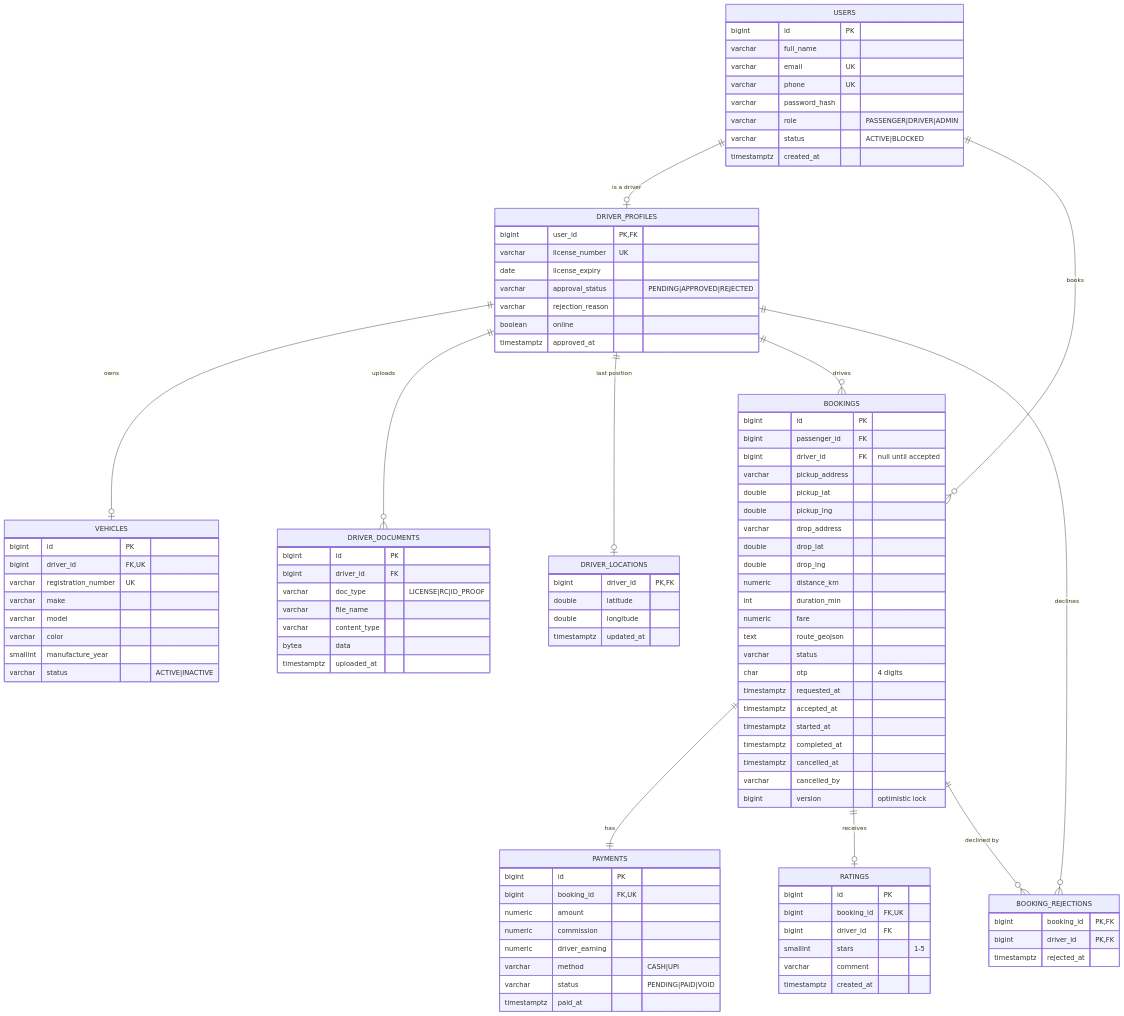
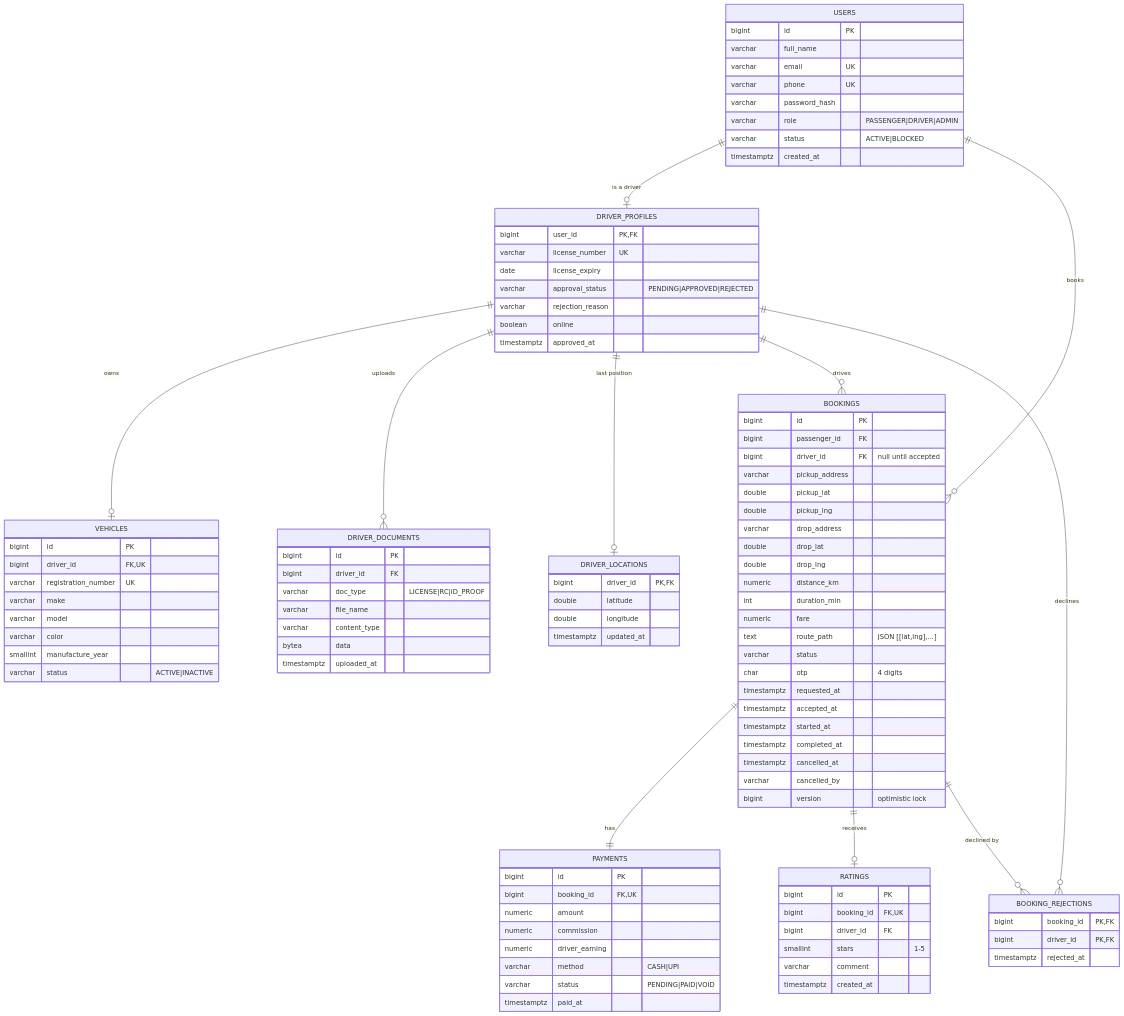
One commit to Sahil-957/Ride_X changed the diagram in docs/PLAN.md. Above: the diagram before and after it, drawn with Mermaid. The commit also changed other lines of this file and 12 other files, not shown here.

```diff
--- a/docs/PLAN.md
+++ b/docs/PLAN.md
@@ -119,7 +119,7 @@
         numeric distance_km
         int duration_min
         numeric fare
-        text route_geojson
+        text route_path "JSON [[lat,lng],...]"
         varchar status
         char otp "4 digits"
         timestamptz requested_at
```
